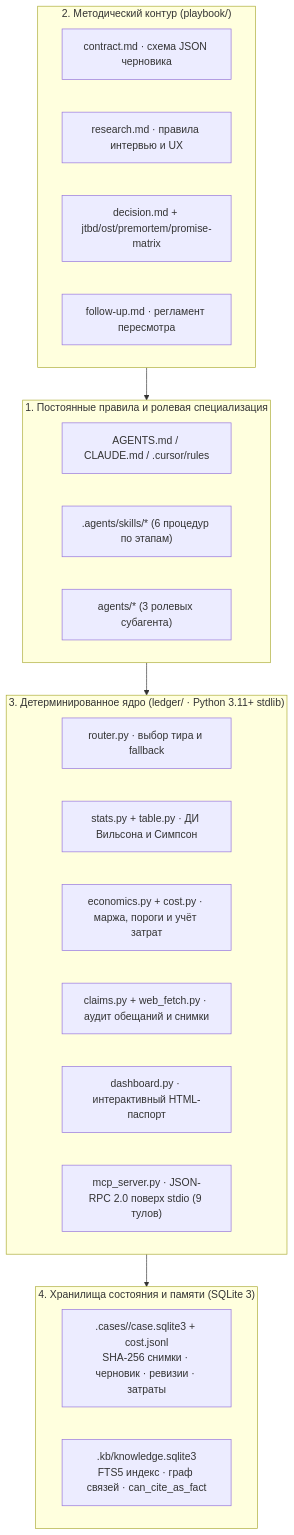
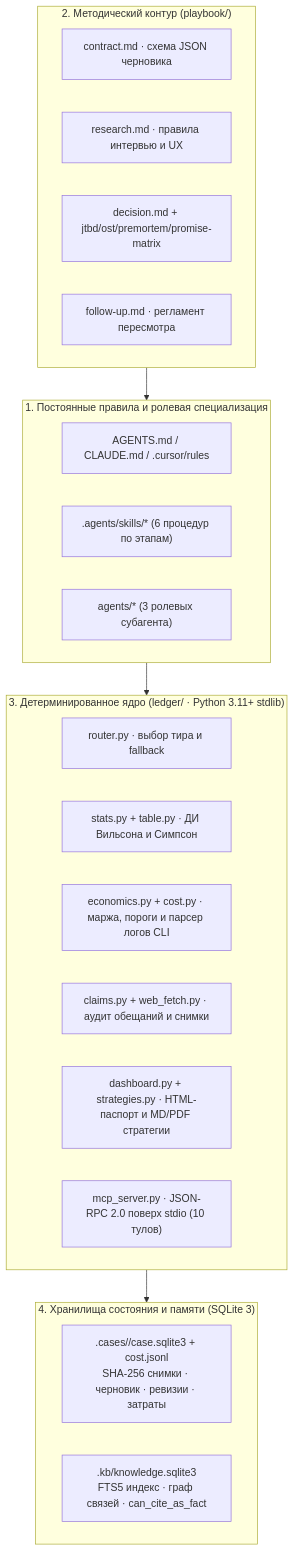
Before and after one commit to artemmalanin979-create/decision-ledger: the diagram in docs/architecture.md, drawn with Mermaid. The commit also changed other lines of this file and 26 other files, not shown here.

Commit message:
Rebuild demo cost.jsonl from raw CLI logs, export live/retail strategies, and update docs

````diff
--- a/docs/architecture.md
+++ b/docs/architecture.md
@@ -13,33 +13,33 @@
 ```mermaid
 flowchart TB
     subgraph L1["1. Постоянные правила и ролевая специализация"]
         A1["AGENTS.md / CLAUDE.md / .cursor/rules"]
         A2[".agents/skills/* (6 процедур по этапам)"]
         A3["agents/* (3 ролевых субагента)"]
     end
 
     subgraph L2["2. Методический контур (playbook/)"]
         P1["contract.md · схема JSON черновика"]
         P2["research.md · правила интервью и UX"]
         P3["decision.md + jtbd/ost/premortem/promise-matrix"]
         P4["follow-up.md · регламент пересмотра"]
     end
 
     subgraph L3["3. Детерминированное ядро (ledger/ · Python 3.11+ stdlib)"]
         C1["router.py · выбор тира и fallback"]
         C2["stats.py + table.py · ДИ Вильсона и Симпсон"]
-        C3["economics.py + cost.py · маржа, пороги и учёт затрат"]
+        C3["economics.py + cost.py · маржа, пороги и парсер логов CLI"]
         C4["claims.py + web_fetch.py · аудит обещаний и снимки"]
-        C5["dashboard.py · интерактивный HTML-паспорт"]
-        C6["mcp_server.py · JSON-RPC 2.0 поверх stdio (9 тулов)"]
+        C5["dashboard.py + strategies.py · HTML-паспорт и MD/PDF стратегии"]
+        C6["mcp_server.py · JSON-RPC 2.0 поверх stdio (10 тулов)"]
     end
 
     subgraph L4["4. Хранилища состояния и памяти (SQLite 3)"]
         S1[".cases/<case>/case.sqlite3 + cost.jsonl\nSHA-256 снимки · черновик · ревизии · затраты"]
         S2[".kb/knowledge.sqlite3\nFTS5 индекс · граф связей · can_cite_as_fact"]
     end
 
     L1 --> L3
     L2 --> L1
     L3 --> L4
 ```
````
